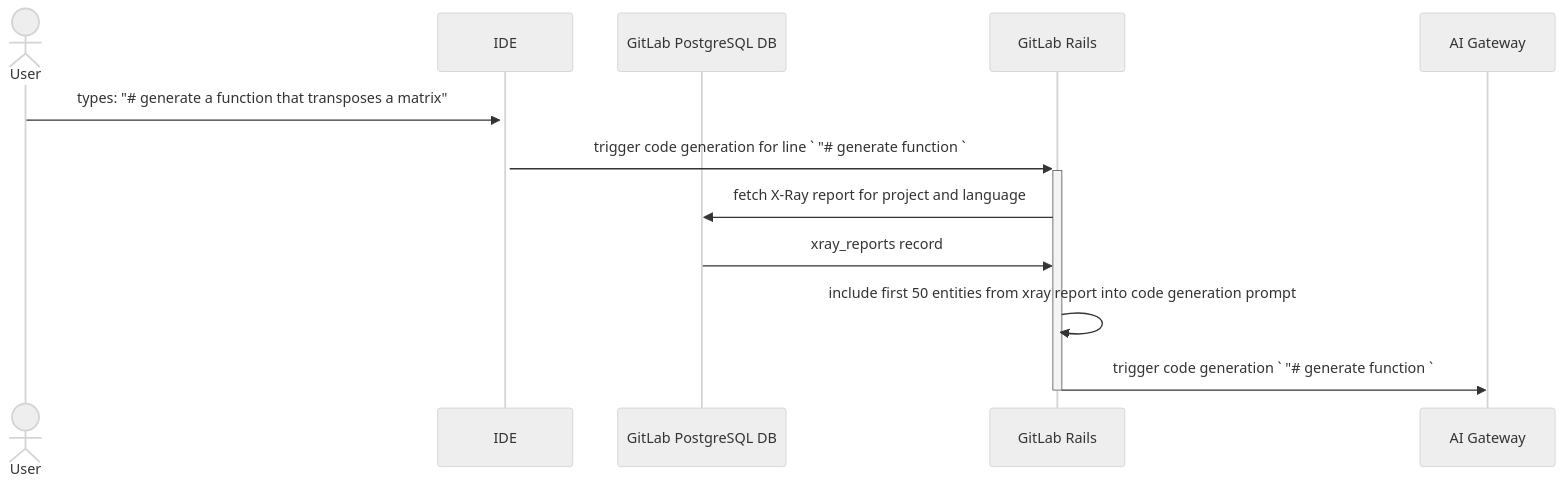
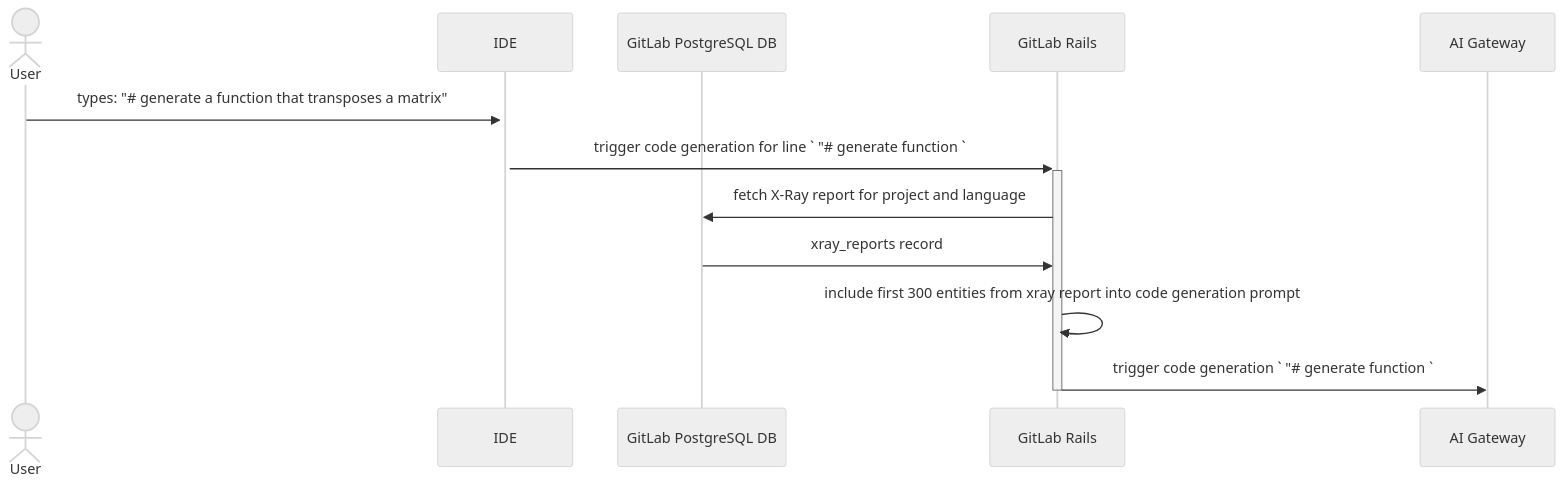
One commit to secretstartups/handbook changed the third of 5 diagrams in content/handbook/engineering/development/dev/create/code-creation/engineering_overview.md. Above: the diagram before and after it, drawn with Mermaid (neutral theme).

Commit message:
Update X-ray libraries limit in sequence diagram

````diff
--- a/content/handbook/engineering/development/dev/create/code-creation/engineering_overview.md
+++ b/content/handbook/engineering/development/dev/create/code-creation/engineering_overview.md
@@ -113,15 +113,15 @@
 ```mermaid
 sequenceDiagram
     actor USR as User
     participant IDE
     participant PG as GitLab PostgreSQL DB
     participant GLR as GitLab Rails
     participant AIGW as AI Gateway
 
     USR->>+IDE: types: "#35; generate a function that transposes a matrix"
     IDE->>+GLR: trigger code generation for line ` "#35; generate function `
     GLR->>PG: fetch X-Ray report for project and language
     PG->>GLR:  xray_reports record
-    GLR->>GLR: include first 50 entities from xray report into code generation prompt
+    GLR->>GLR: include first 300 entities from xray report into code generation prompt
     GLR->>-AIGW: trigger code generation ` "#35; generate function `
 ```
````
